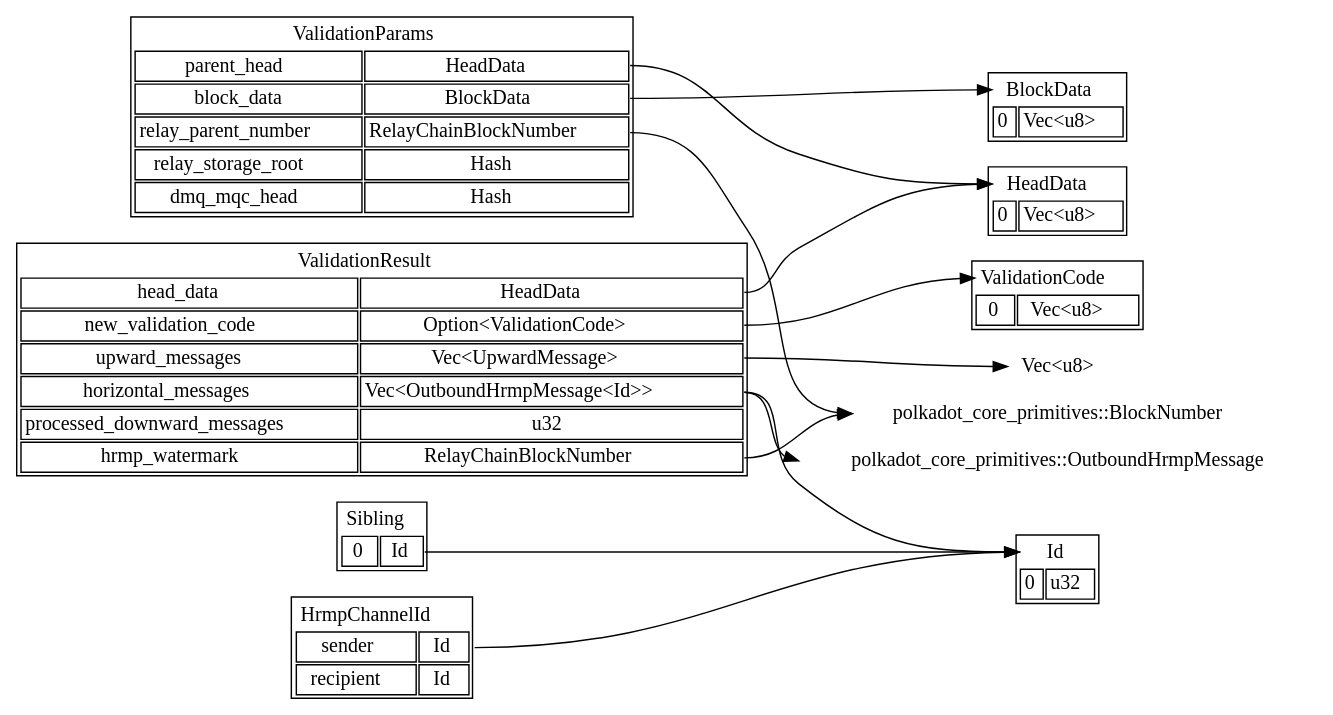
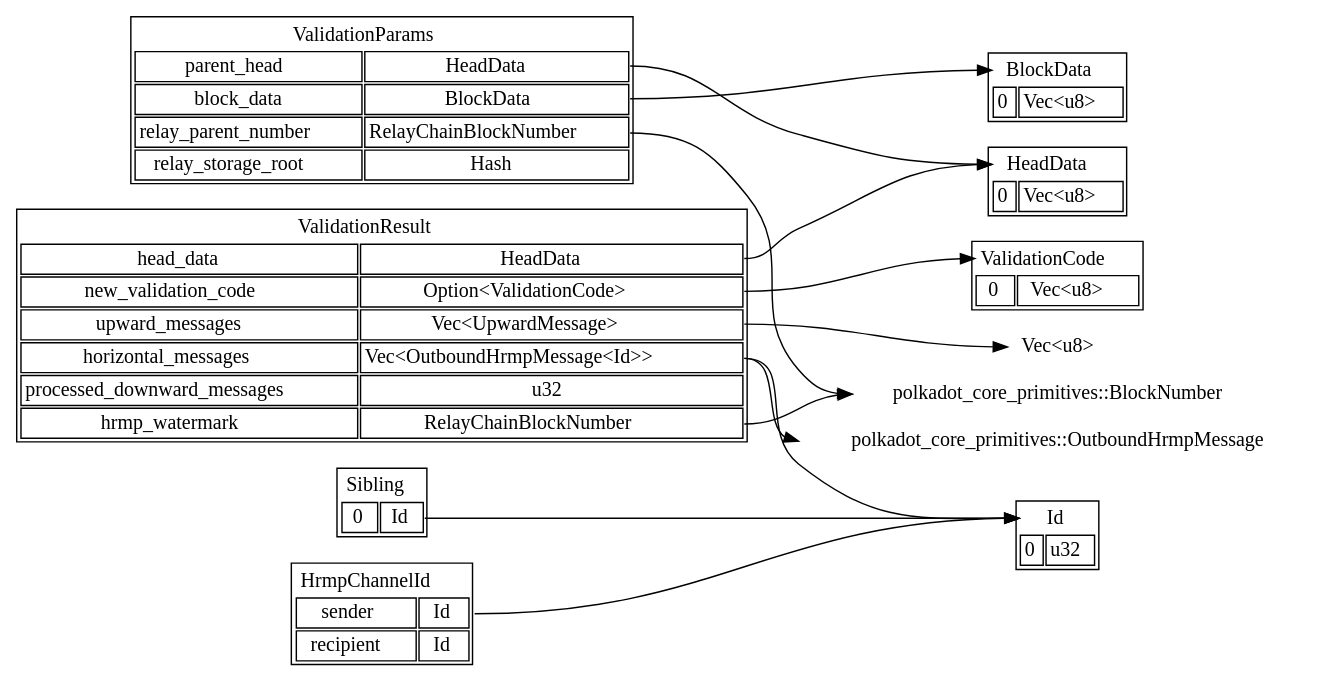
One commit to paritytech/polkadot changed the second of 2 diagrams in roadmap/implementers-guide/src/types/README.md. Above: the diagram before and after it, drawn with Graphviz. The commit also changed other lines of this file and 13 other files, not shown here.

Commit message:
PersistedValidationData: Remove `dmq_mqc_head`

```diff
--- a/roadmap/implementers-guide/src/types/README.md
+++ b/roadmap/implementers-guide/src/types/README.md
@@ -400,7 +398,6 @@
             <tr><td>block_data</td><td port="block_data">BlockData</td></tr>
             <tr><td>relay_parent_number</td><td port="relay_parent_number">RelayChainBlockNumber</td></tr>
             <tr><td>relay_storage_root</td><td port="relay_storage_root">Hash</td></tr>
-            <tr><td>dmq_mqc_head</td><td port="dmq_mqc_head">Hash</td></tr>
         </table>
     >]
 
```
